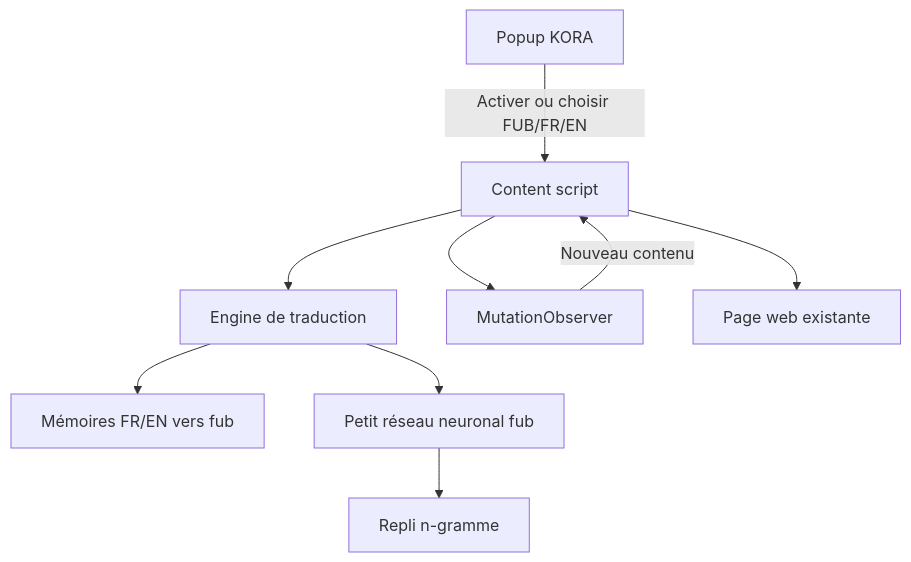
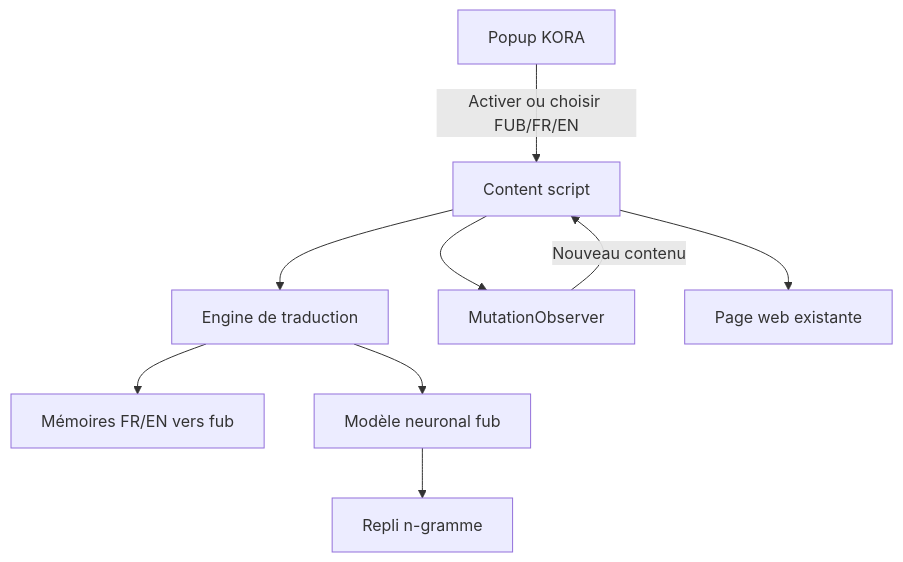
One commit to kaezerwatto/KORA changed the second of 2 diagrams in README.md. Above: the diagram before and after it, drawn with Mermaid. The commit also changed other lines of this file and 30 other files, not shown here.

````diff
--- a/README.md
+++ b/README.md
@@ -102,11 +106,11 @@
 ```mermaid
 flowchart TB
     P[Popup KORA] -->|Activer ou choisir FUB/FR/EN| C[Content script]
     C --> T[Engine de traduction]
     T --> M[Mémoires FR/EN vers fub]
-    T --> N[Petit réseau neuronal fub]
+    T --> N[Modèle neuronal fub]
     N --> G[Repli n-gramme]
     C --> O[MutationObserver]
     O -->|Nouveau contenu| C
     C --> R[Page web existante]
 ```
````
